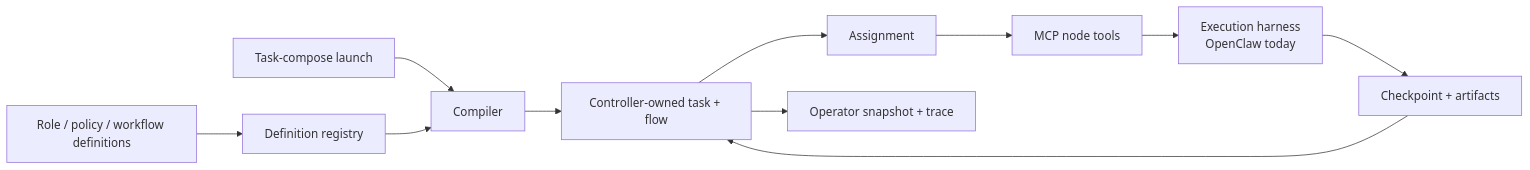
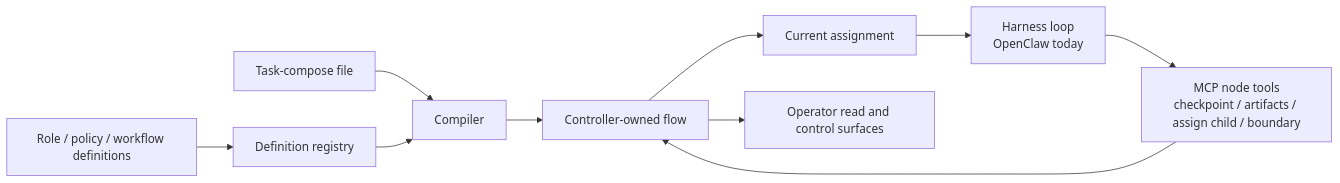
Before and after one commit to ringlochid/AutoClaw: the diagram in docs/concepts/orchestration-model.md, drawn with Mermaid. The commit also changed other lines of this file and 30 other files, not shown here.

First line of the commit message:
Enhance documentation and setup for OpenClaw integration

````diff
--- a/docs/concepts/orchestration-model.md
+++ b/docs/concepts/orchestration-model.md
@@ -39,13 +39,12 @@
 ```mermaid
 flowchart LR
-    A[Role / policy / workflow definitions] --> B[Definition registry]
-    C[Task-compose launch] --> D[Compiler]
-    B --> D
-    D --> E[Controller-owned task + flow]
-    E --> F[Assignment]
-    F --> G[MCP node tools]
-    G --> H[Execution harness<br/>OpenClaw today]
-    H --> I[Checkpoint + artifacts]
-    I --> E
-    E --> J[Operator snapshot + trace]
+    D[Role / policy / workflow definitions] --> R[Definition registry]
+    T[Task-compose file] --> C[Compiler]
+    R --> C
+    C --> F[Controller-owned flow]
+    F --> A[Current assignment]
+    A --> H[Harness loop<br/>OpenClaw today]
+    H --> N[MCP node tools<br/>checkpoint / artifacts / assign child / boundary]
+    N --> F
+    F --> O[Operator read and control surfaces]
 ```
````
